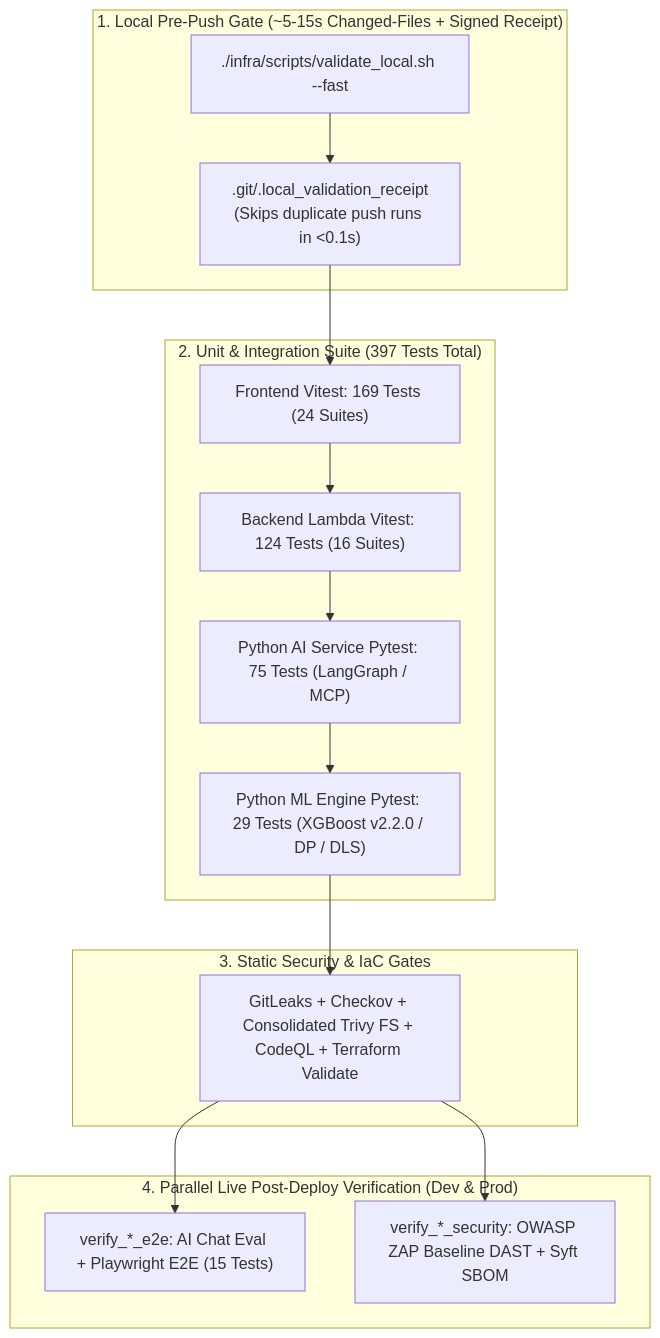
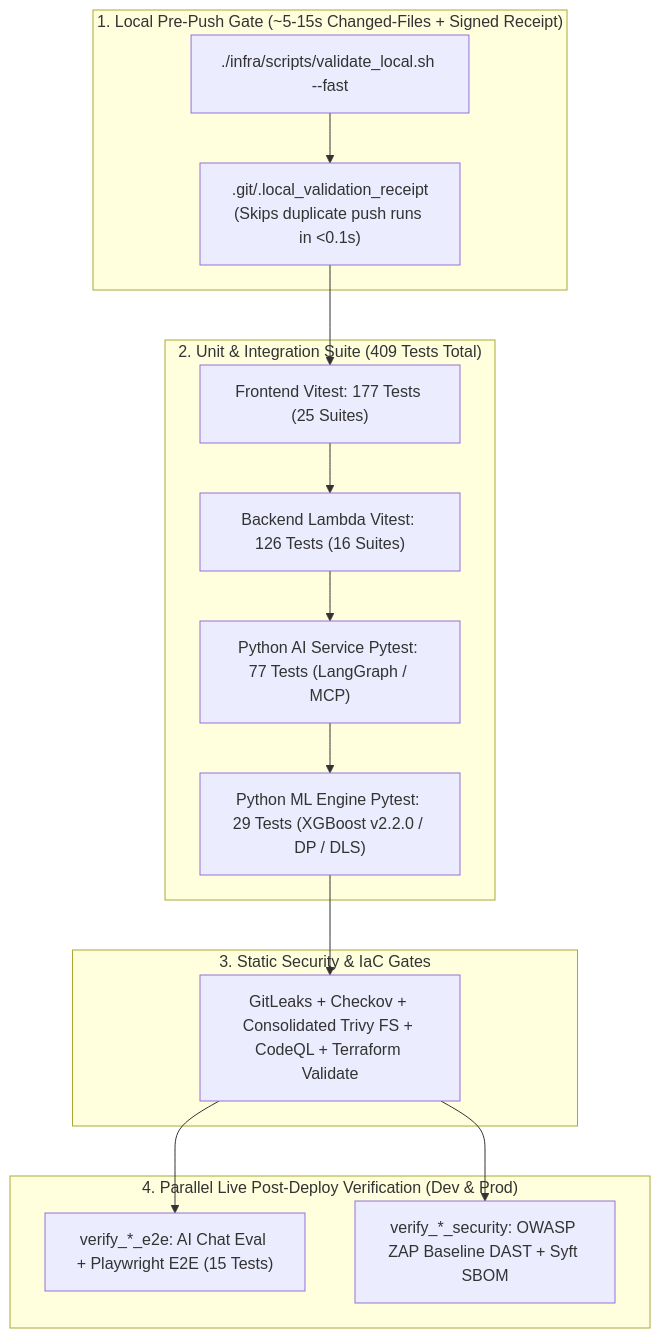
Before and after one commit to venkatesh-singamsetty/cricscore: the diagram in docs/testing.md, drawn with Mermaid. The commit also changed other lines of this file and 11 other files, not shown here.

````diff
--- a/docs/testing.md
+++ b/docs/testing.md
@@ -9,30 +9,30 @@
 ```mermaid
 flowchart TD
     subgraph LocalGate ["1. Local Pre-Push Gate (~5-15s Changed-Files + Signed Receipt)"]
         FastCmd["./infra/scripts/validate_local.sh --fast"]
         Receipt[".git/.local_validation_receipt\n(Skips duplicate push runs in <0.1s)"]
         FastCmd --> Receipt
     end
 
-    subgraph UnitIntegration ["2. Unit & Integration Suite (397 Tests Total)"]
-        FE["Frontend Vitest: 169 Tests (24 Suites)"]
-        BE["Backend Lambda Vitest: 124 Tests (16 Suites)"]
-        AI["Python AI Service Pytest: 75 Tests (LangGraph / MCP)"]
+    subgraph UnitIntegration ["2. Unit & Integration Suite (409 Tests Total)"]
+        FE["Frontend Vitest: 177 Tests (25 Suites)"]
+        BE["Backend Lambda Vitest: 126 Tests (16 Suites)"]
+        AI["Python AI Service Pytest: 77 Tests (LangGraph / MCP)"]
         ML["Python ML Engine Pytest: 29 Tests (XGBoost v2.2.0 / DP / DLS)"]
         FE --> BE --> AI --> ML
     end
 
     subgraph SecurityIaC ["3. Static Security & IaC Gates"]
         Sec["GitLeaks + Checkov + Consolidated Trivy FS + CodeQL + Terraform Validate"]
     end
 
     subgraph LivePostDeploy ["4. Parallel Live Post-Deploy Verification (Dev & Prod)"]
         AIEval["verify_*_e2e: AI Chat Eval + Playwright E2E (15 Tests)"]
         ZAP["verify_*_security: OWASP ZAP Baseline DAST + Syft SBOM"]
     end
 
     Receipt --> FE
     ML --> Sec
     Sec --> AIEval
     Sec --> ZAP
 ```
````
